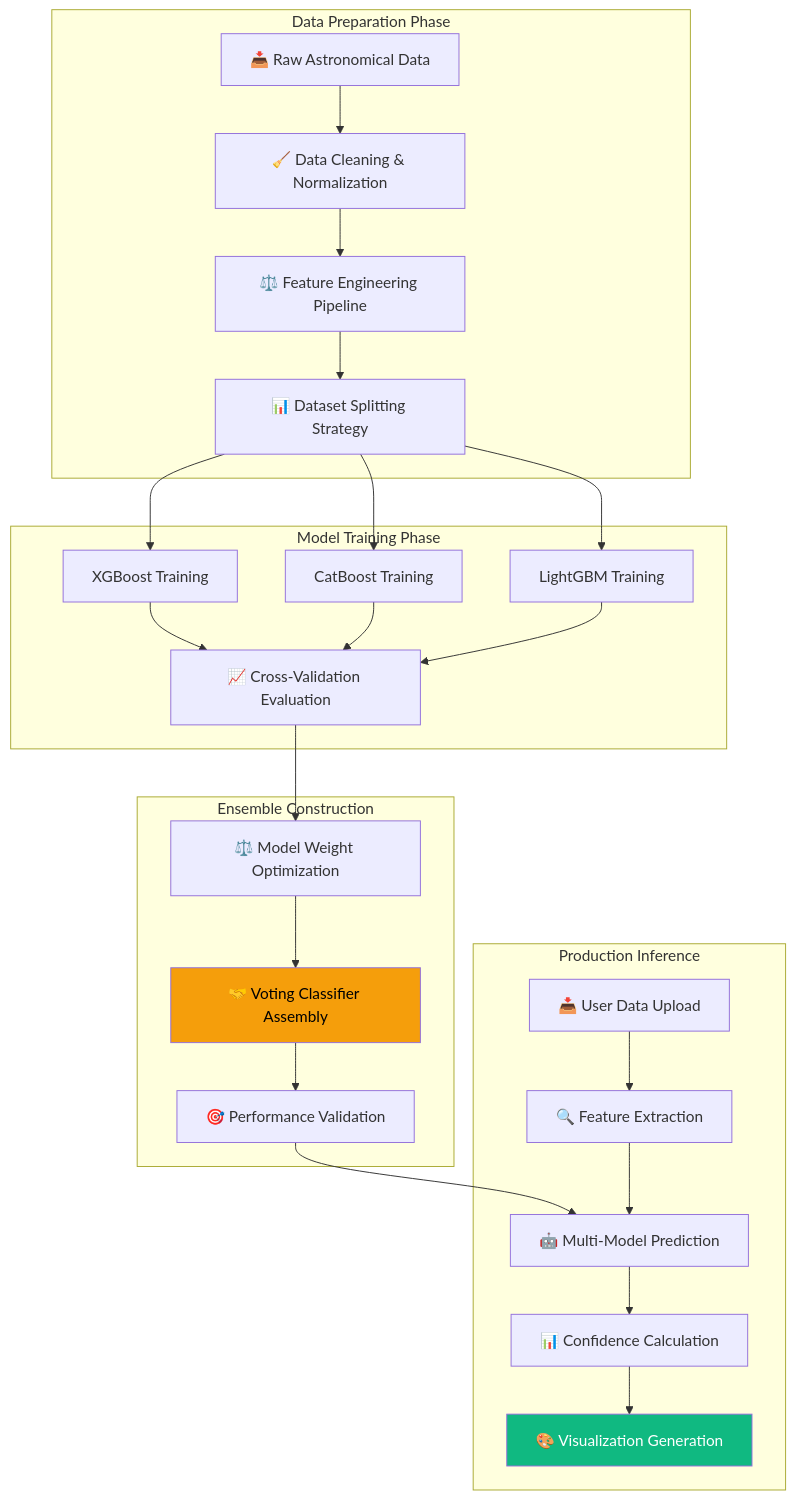
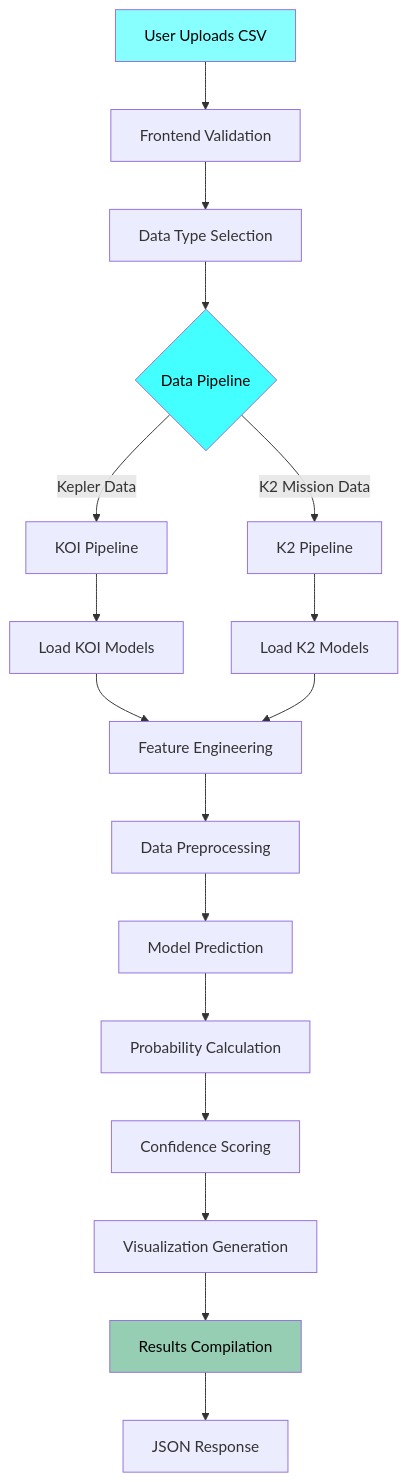
The third of 8 diagrams in readme.md (koffandaff/SpaceX), drawn with Mermaid before and after one commit. The commit also changed other lines of this file, not shown here.

````diff
--- a/readme.md
+++ b/readme.md
@@ -234,51 +142,26 @@
 ```mermaid
 graph TB
-    subgraph "Data Preparation Phase"
-        A[📥 Raw Astronomical Data]
-        B[🧹 Data Cleaning & Normalization]
-        C[⚖️ Feature Engineering Pipeline]
-        D[📊 Dataset Splitting Strategy]
-    end
-
-    subgraph "Model Training Phase"
-        E[XGBoost Training]
-        F[CatBoost Training]
-        G[LightGBM Training]
-        H[📈 Cross-Validation Evaluation]
-    end
-
-    subgraph "Ensemble Construction"
-        I[⚖️ Model Weight Optimization]
-        J[🤝 Voting Classifier Assembly]
-        K[🎯 Performance Validation]
-    end
-
-    subgraph "Production Inference"
-        L[📥 User Data Upload]
-        M[🔍 Feature Extraction]
-        N[🤖 Multi-Model Prediction]
-        O[📊 Confidence Calculation]
-        P[🎨 Visualization Generation]
-    end
-
-    A --> B
-    B --> C
-    C --> D
-    D --> E
-    D --> F
-    D --> G
-    E --> H
-    F --> H
-    G --> H
+    A[User Uploads CSV] --> B[Frontend Validation]
+    B --> C[Data Type Selection]
+    C --> D{Data Pipeline}
+    D -->|Kepler Data| E[KOI Pipeline]
+    D -->|K2 Mission Data| F[K2 Pipeline]
+    
+    E --> G[Load KOI Models]
+    F --> H[Load K2 Models]
+    
+    G --> I[Feature Engineering]
     H --> I
-    I --> J
-    J --> K
-    K --> N
-    L --> M
-    M --> N
-    N --> O
-    O --> P
     
-    style J fill:#f59e0b,color:#000
-    style P fill:#10b981,color:#fff
+    I --> J[Data Preprocessing]
+    J --> K[Model Prediction]
+    K --> L[Probability Calculation]
+    L --> M[Confidence Scoring]
+    M --> N[Visualization Generation]
+    N --> O[Results Compilation]
+    O --> P[JSON Response]
+    
+    style A fill:#88ffff,color:#000
+    style D fill:#44ffff,color:#000
+    style O fill:#96ceb4,color:#000
 ```
````
